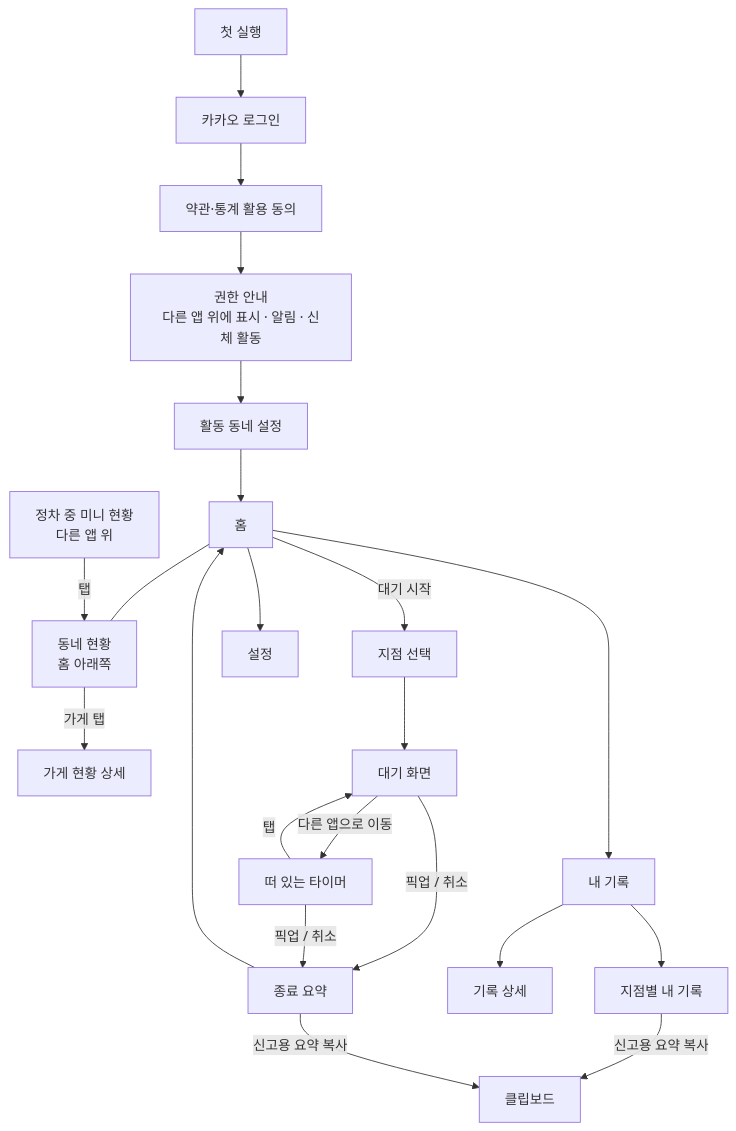
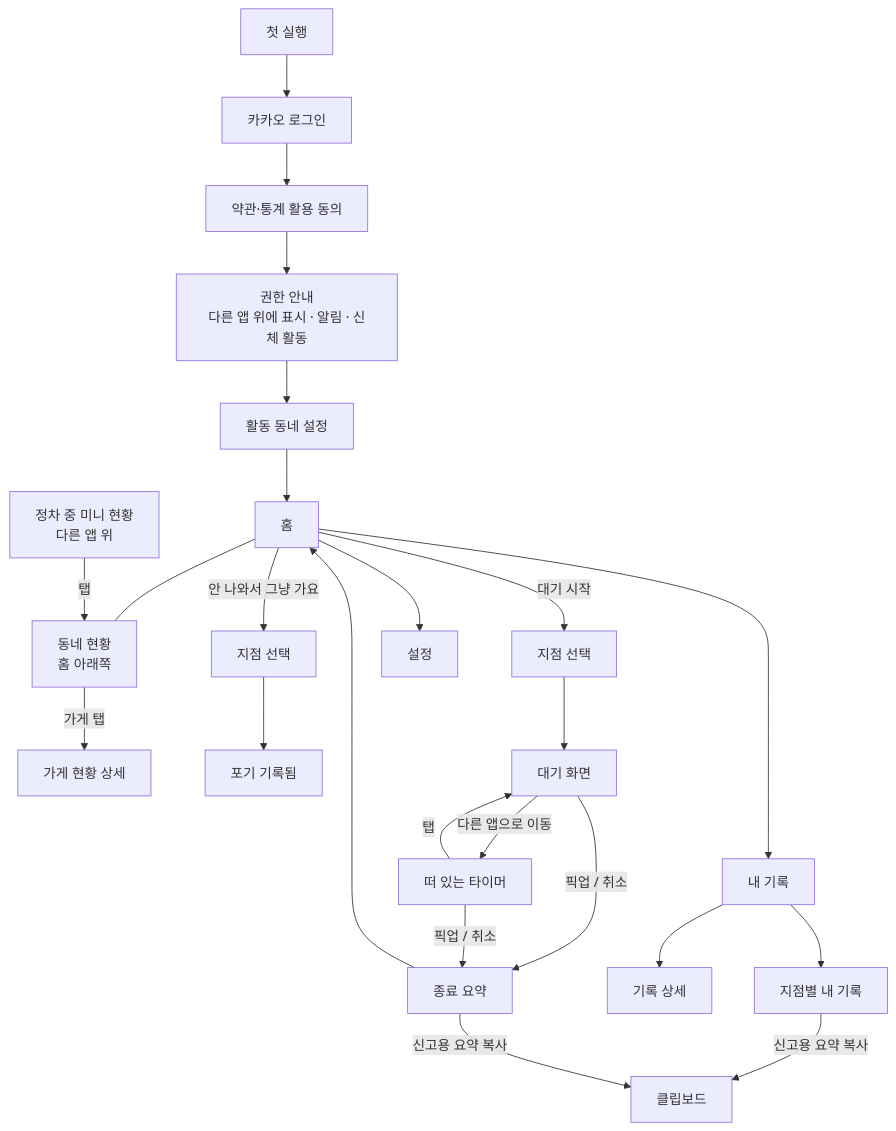
One commit to kery27/eomisae changed the diagram in docs/화면-흐름.md. Above: the diagram before and after it, drawn with Mermaid. The commit also changed other lines of this file and 1 other file, not shown here.

````diff
--- a/docs/화면-흐름.md
+++ b/docs/화면-흐름.md
@@ -24,27 +24,28 @@
 ```mermaid
 flowchart TD
     A[첫 실행] --> B[카카오 로그인]
     B --> C[약관·통계 활용 동의]
     C --> D[권한 안내<br/>다른 앱 위에 표시 · 알림 · 신체 활동]
     D --> E[활동 동네 설정]
     E --> H[홈]
 
     H --- N[동네 현황<br/>홈 아래쪽]
     M[정차 중 미니 현황<br/>다른 앱 위] -->|탭| N
     N -->|가게 탭| ND[가게 현황 상세]
     H -->|대기 시작| S1[지점 선택]
+    H -->|안 나와서 그냥 가요| G[지점 선택] --> GD[포기 기록됨]
     S1 --> W[대기 화면]
     W -->|다른 앱으로 이동| F[떠 있는 타이머]
     F -->|탭| W
     W -->|픽업 / 취소| R[종료 요약]
     F -->|픽업 / 취소| R
     R --> H
 
     H --> L[내 기록]
     L --> LD[기록 상세]
     L --> P[지점별 내 기록]
     P -->|신고용 요약 복사| CP[클립보드]
     R -->|신고용 요약 복사| CP
 
     H --> ST[설정]
 ```
````
